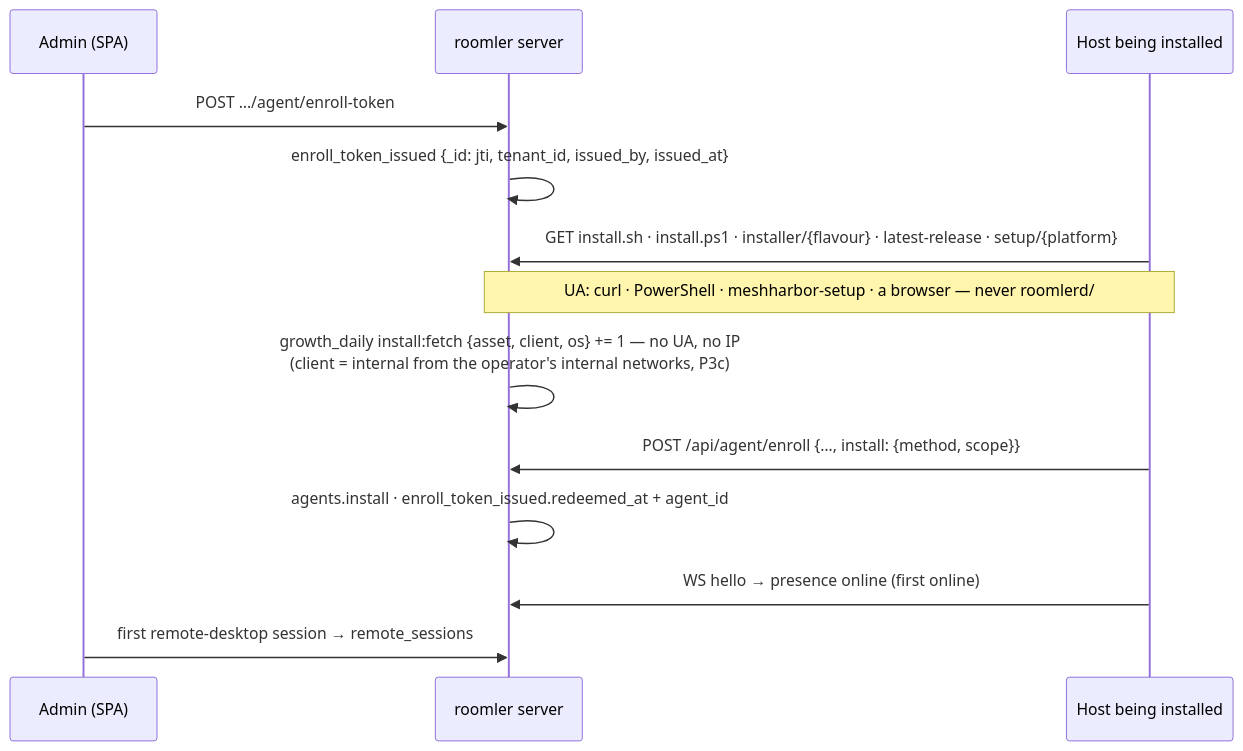
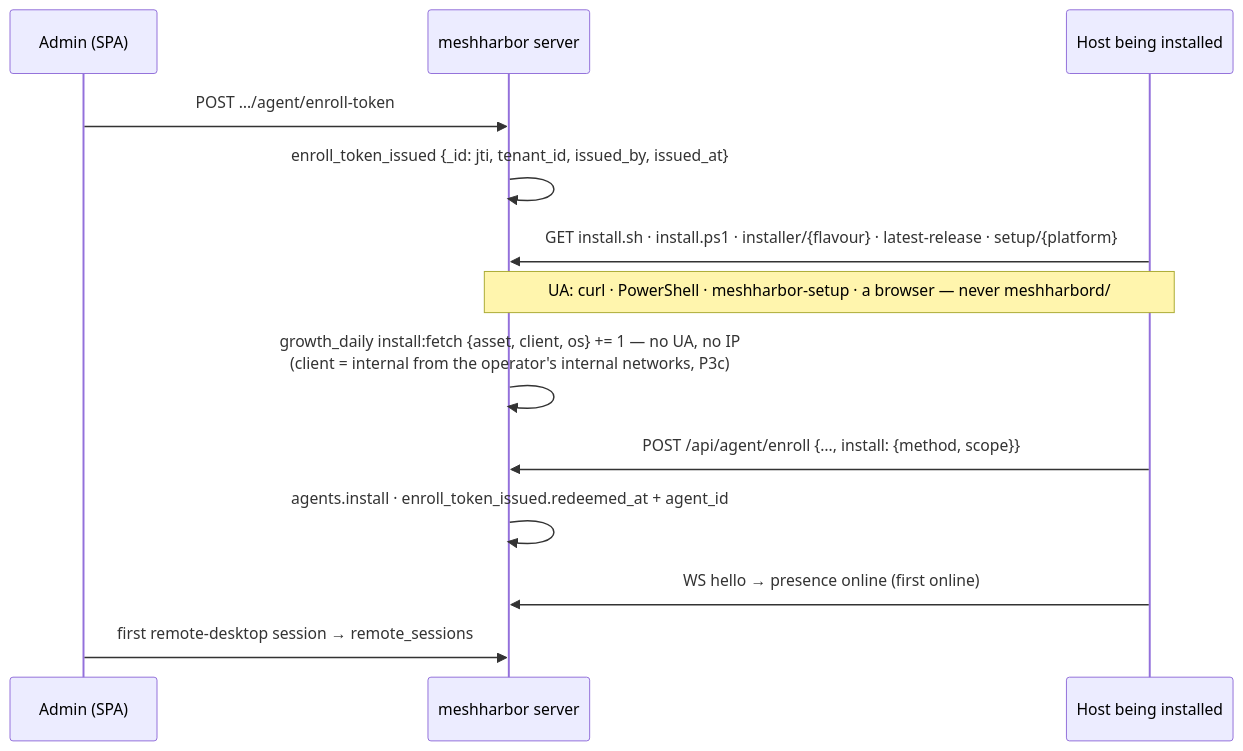
One commit to jk-zhang-meta/MeshHarbor changed the sixth of 20 diagrams in docs/growth-observability.md. Above: the diagram before and after it, drawn with Mermaid. The commit also changed other lines of this file and 682 other files, not shown here.

````diff
--- a/docs/growth-observability.md
+++ b/docs/growth-observability.md
@@ -348,15 +348,15 @@
 ```mermaid
 sequenceDiagram
     participant A as Admin (SPA)
-    participant S as roomler server
+    participant S as meshharbor server
     participant H as Host being installed
     A->>S: POST …/agent/enroll-token
     S->>S: enroll_token_issued {_id: jti, tenant_id, issued_by, issued_at}
     H->>S: GET install.sh · install.ps1 · installer/{flavour} · latest-release · setup/{platform}
-    Note over H,S: UA: curl · PowerShell · meshharbor-setup · a browser — never roomlerd/
+    Note over H,S: UA: curl · PowerShell · meshharbor-setup · a browser — never meshharbord/
     S->>S: growth_daily install:fetch {asset, client, os} += 1 — no UA, no IP<br/>(client = internal from the operator's internal networks, P3c)
     H->>S: POST /api/agent/enroll {…, install: {method, scope}}
     S->>S: agents.install · enroll_token_issued.redeemed_at + agent_id
     H->>S: WS hello → presence online (first online)
     A->>S: first remote-desktop session → remote_sessions
 ```
````
